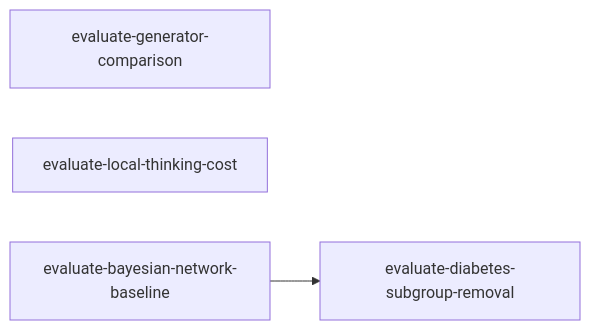
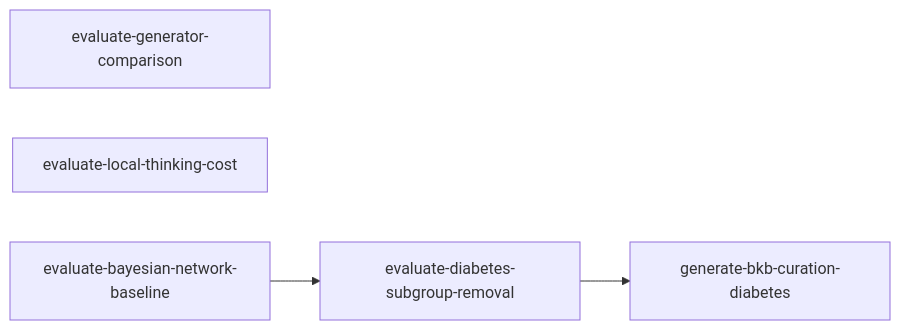
One commit to joe-dartmouth/synthetic changed the diagram in tasks/experiments-index.md. Above: the diagram before and after it, drawn with Mermaid. The commit also changed other lines of this file and 5 other files, not shown here.

Commit message:
File the BKB curation gate on Diabetes 130

````diff
--- a/tasks/experiments-index.md
+++ b/tasks/experiments-index.md
@@ -28,6 +34,7 @@
 ```mermaid
 flowchart LR
     generator_comparison[evaluate-generator-comparison]
     local_thinking[evaluate-local-thinking-cost]
     bn_baseline[evaluate-bayesian-network-baseline] --> diabetes_removal[evaluate-diabetes-subgroup-removal]
+    diabetes_removal --> bkb_curation_diabetes[generate-bkb-curation-diabetes]
 ```
````
